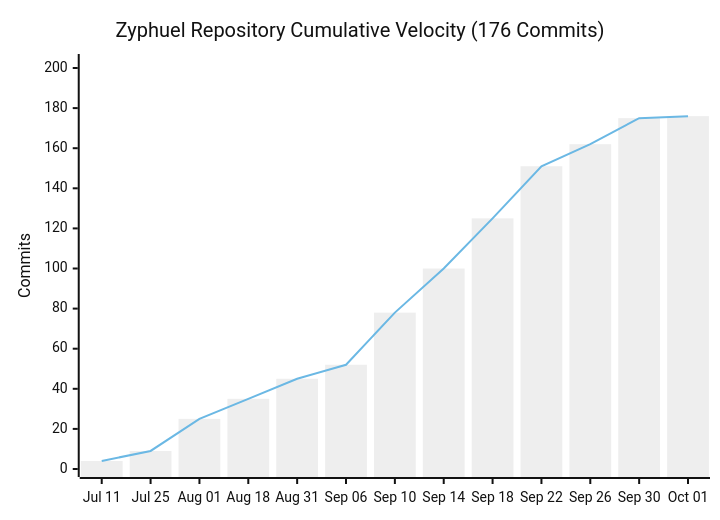
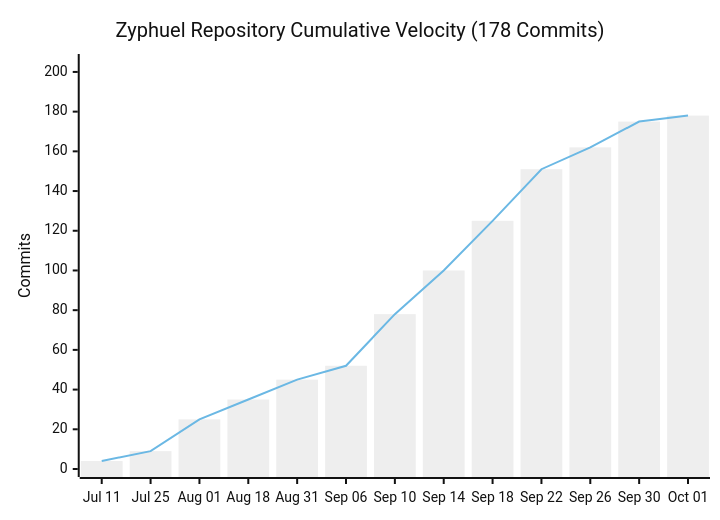
Before and after one commit to daniyal44/Zyphuel: the diagram in README.md, drawn with Mermaid (neutral theme). The commit also changed other lines of this file and 7 other files, not shown here.

````diff
--- a/README.md
+++ b/README.md
@@ -155,8 +155,8 @@
 ```mermaid
 xychart-beta
-    title "Zyphuel Repository Cumulative Velocity (176 Commits)"
+    title "Zyphuel Repository Cumulative Velocity (178 Commits)"
     x-axis ["Jul 11", "Jul 25", "Aug 01", "Aug 18", "Aug 31", "Sep 06", "Sep 10", "Sep 14", "Sep 18", "Sep 22", "Sep 26", "Sep 30", "Oct 01"]
-    y-axis "Commits" 0 --> 203
-    bar [4, 9, 25, 35, 45, 52, 78, 100, 125, 151, 162, 175, 176]
-    line [4, 9, 25, 35, 45, 52, 78, 100, 125, 151, 162, 175, 176]
+    y-axis "Commits" 0 --> 205
+    bar [4, 9, 25, 35, 45, 52, 78, 100, 125, 151, 162, 175, 178]
+    line [4, 9, 25, 35, 45, 52, 78, 100, 125, 151, 162, 175, 178]
 ```
````
